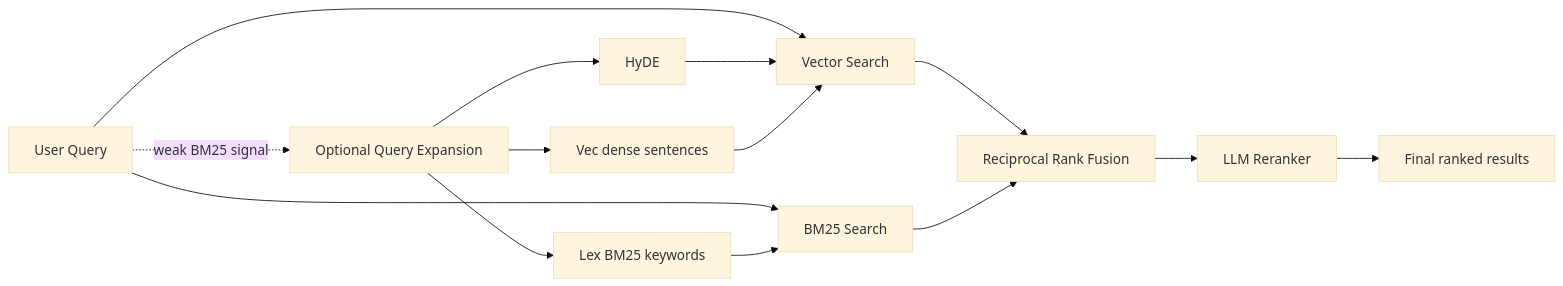
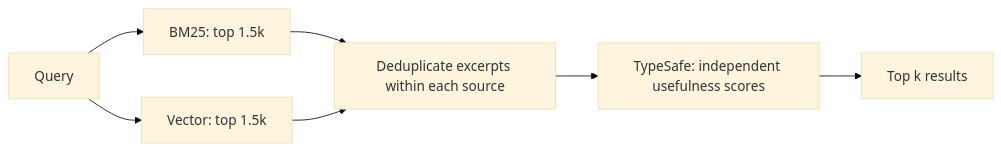
The diagram in README.md (unblocklabs-ai/qmd), drawn with Mermaid (base theme) before and after one commit. The commit also changed other lines of this file and 17 other files, not shown here.

Commit message:
feat(query): replace local reranking with TypeSafe hybrid search

````diff
--- a/README.md
+++ b/README.md
@@ -9,16 +10,9 @@
 ```mermaid
 flowchart LR
-  Q[User Query] -. weak BM25 signal .-> X[Optional Query Expansion]
-  Q --> FTS[BM25 Search]
-  Q --> VS[Vector Search]
-  X --> HYDE[HyDE]
-  X --> VEC[Vec dense sentences]
-  X --> LEX[Lex BM25 keywords]
-  HYDE --> VS
-  VEC --> VS
-  LEX --> FTS
-  VS --> RRF[Reciprocal Rank Fusion]
-  FTS --> RRF
-  RRF --> RR[LLM Reranker]
-  RR --> OUT[Final ranked results]
+  Q[Query] --> FTS[BM25: top 1.5k]
+  Q --> VS[Vector: top 1.5k]
+  FTS --> D[Deduplicate excerpts within each source]
+  VS --> D
+  D --> T[TypeSafe: independent usefulness scores]
+  T --> O[Top k results]
 ```
````
